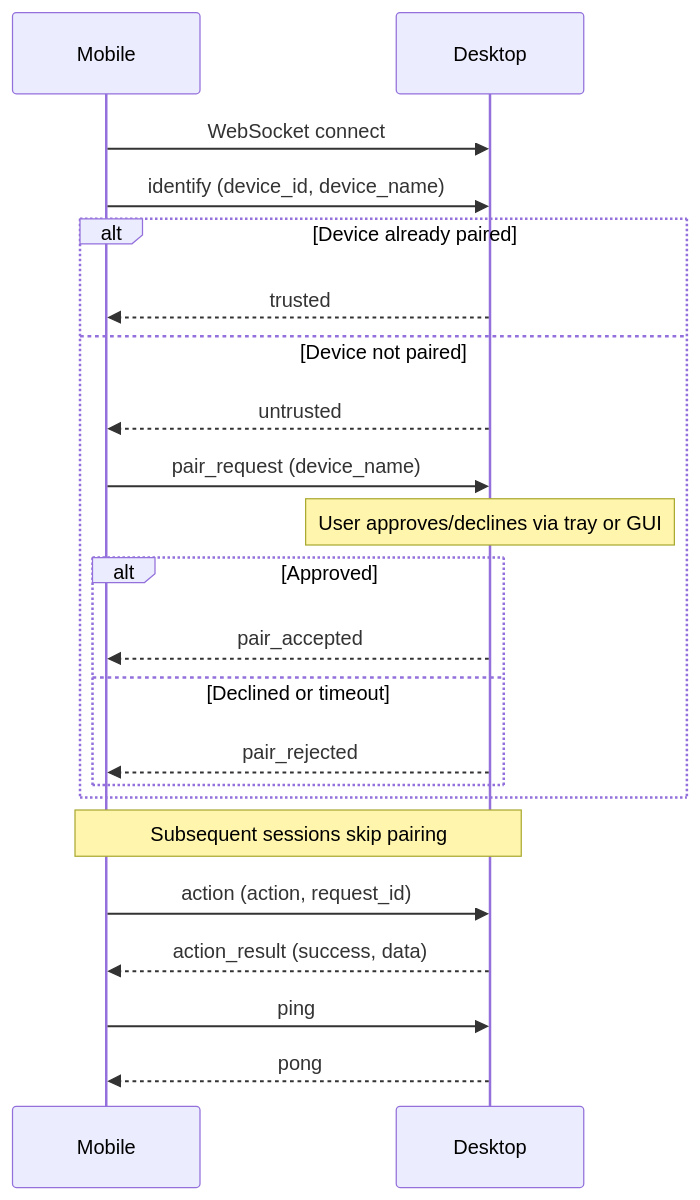
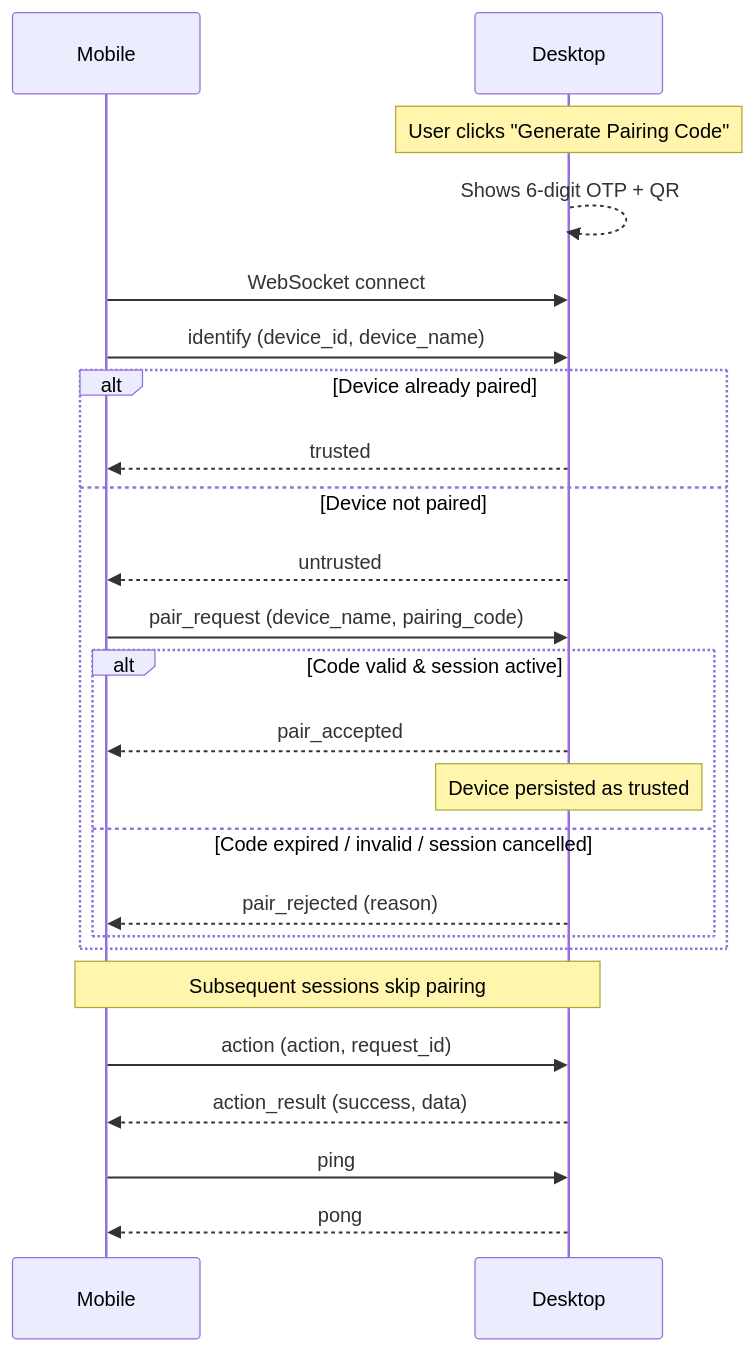
The diagram in docs/architecture/protocol.md (aryancodesit/Auto-Mat-Deck), drawn with Mermaid before and after one commit. The commit also changed other lines of this file and 28 other files, not shown here.

````diff
--- a/docs/architecture/protocol.md
+++ b/docs/architecture/protocol.md
@@ -172,29 +186,32 @@
 ```mermaid
 sequenceDiagram
     participant M as Mobile
     participant D as Desktop
+
+    Note over D: User clicks "Generate Pairing Code"
+    D-->>D: Shows 6-digit OTP + QR
 
     M->>D: WebSocket connect
     M->>D: identify (device_id, device_name)
 
     alt Device already paired
         D-->>M: trusted
     else Device not paired
         D-->>M: untrusted
-        M->>D: pair_request (device_name)
-        Note over D: User approves/declines via tray or GUI
-        alt Approved
+        M->>D: pair_request (device_name, pairing_code)
+        alt Code valid & session active
             D-->>M: pair_accepted
-        else Declined or timeout
-            D-->>M: pair_rejected
+            Note over D: Device persisted as trusted
+        else Code expired / invalid / session cancelled
+            D-->>M: pair_rejected (reason)
         end
     end
 
     Note over M,D: Subsequent sessions skip pairing
 
     M->>D: action (action, request_id)
     D-->>M: action_result (success, data)
 
     M->>D: ping
     D-->>M: pong
 ```
````
